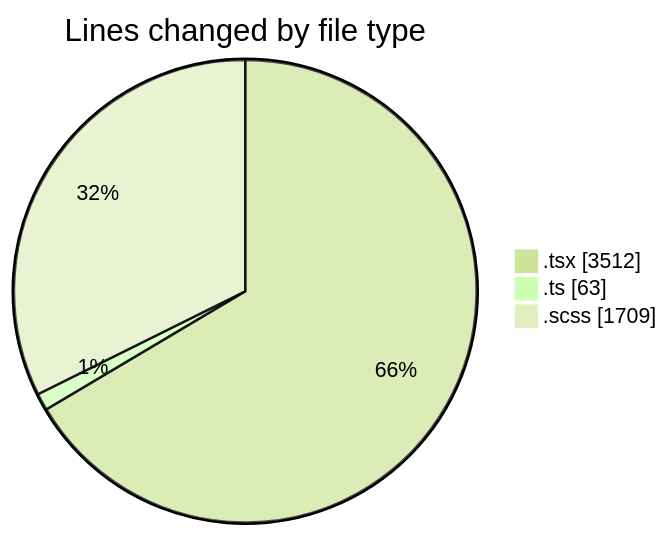
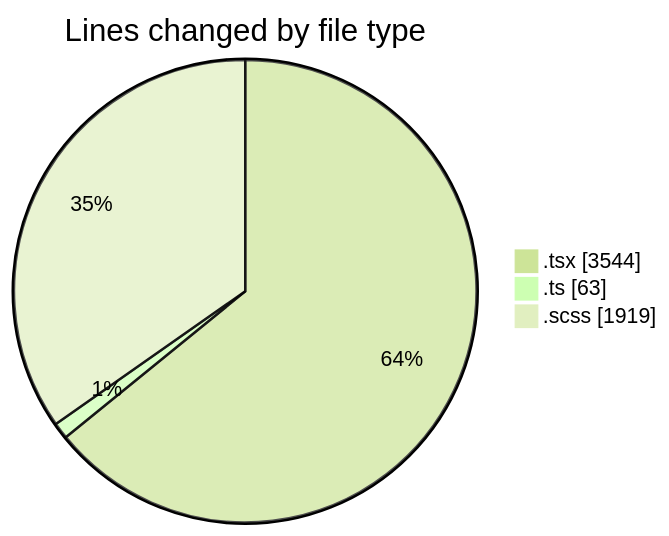
The first of 2 diagrams in 2025-04-02/cda/README.md (momahboobian/code-tracking), drawn with Mermaid (forest theme) before and after one commit. The commit also changed other lines of this file and 1 other file, not shown here.

````diff
--- a/2025-04-02/cda/README.md
+++ b/2025-04-02/cda/README.md
@@ -30,7 +30,7 @@
 ```mermaid
 pie showData
 title Lines changed by file type
-".tsx" : 3512
+".tsx" : 3544
 ".ts" : 63
-".scss" : 1709
+".scss" : 1919
 ```
````
